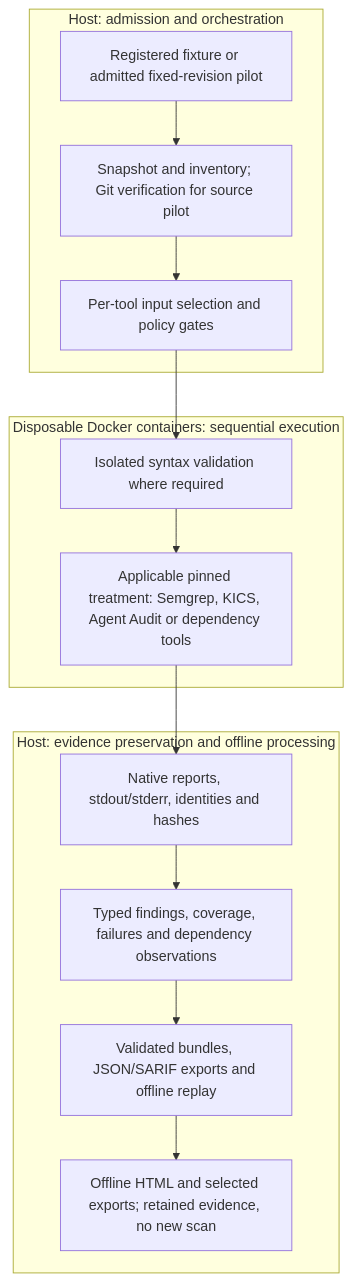
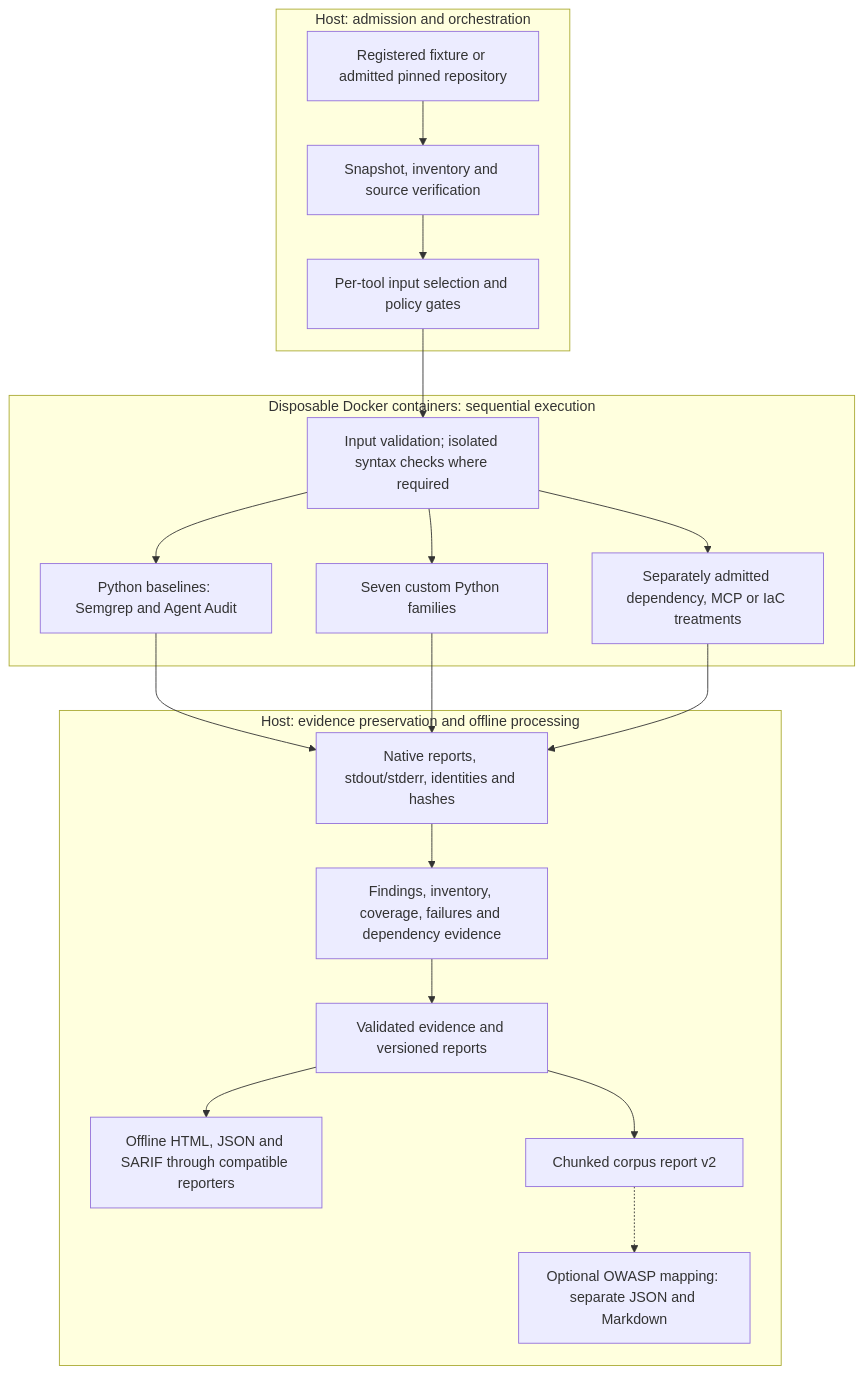
Before and after one commit to MuminjonGuru/Project-Sonic: the diagram in README.md, drawn with Mermaid. The commit also changed other lines of this file, not shown here.

Commit message:
Refresh README architecture and review guide

````diff
--- a/README.md
+++ b/README.md
@@ -28,17 +21,23 @@
 ```mermaid
 flowchart TD
     subgraph intake["Host: admission and orchestration"]
-        A["Registered fixture or admitted fixed-revision pilot"] --> B["Snapshot and inventory; Git verification for source pilot"]
+        A["Registered fixture or admitted pinned repository"] --> B["Snapshot, inventory and source verification"]
         B --> C["Per-tool input selection and policy gates"]
     end
     subgraph containers["Disposable Docker containers: sequential execution"]
-        V["Isolated syntax validation where required"] --> S["Applicable pinned treatment: Semgrep, KICS, Agent Audit or dependency tools"]
+        V["Input validation; isolated syntax checks where required"] --> S["Python baselines: Semgrep and Agent Audit"]
+        V --> F["Seven custom Python families"]
+        V --> X["Separately admitted dependency, MCP or IaC treatments"]
     end
     subgraph evidence["Host: evidence preservation and offline processing"]
-        R["Native reports, stdout/stderr, identities and hashes"] --> N["Typed findings, coverage, failures and dependency observations"]
-        N --> E["Validated bundles, JSON/SARIF exports and offline replay"]
-        E --> H["Offline HTML and selected exports; retained evidence, no new scan"]
+        R["Native reports, stdout/stderr, identities and hashes"] --> N["Findings, inventory, coverage, failures and dependency evidence"]
+        N --> E["Validated evidence and versioned reports"]
+        E --> H["Offline HTML, JSON and SARIF through compatible reporters"]
+        E --> P["Chunked corpus report v2"]
+        P -.-> W["Optional OWASP mapping: separate JSON and Markdown"]
     end
     C --> V
     S --> R
+    F --> R
+    X --> R
 ```
````
